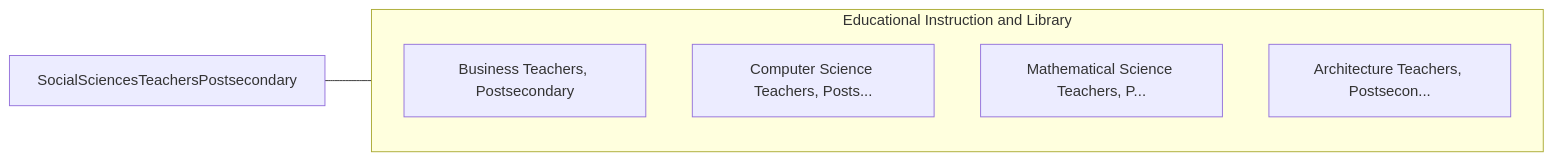
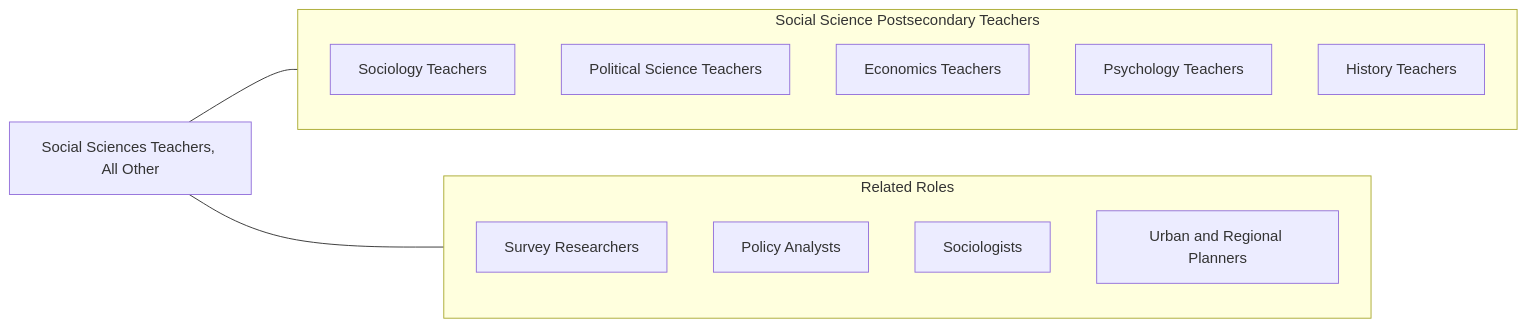
One commit to kziemski/business.org.ai changed the fourth of 4 diagrams in occupations/Education/SocialSciencesTeachersPostsecondary.mdx. Above: the diagram before and after it, drawn with Mermaid. The commit also changed other lines of this file and 938 other files, not shown here.

````diff
--- a/occupations/Education/SocialSciencesTeachersPostsecondary.mdx
+++ b/occupations/Education/SocialSciencesTeachersPostsecondary.mdx
@@ -55,13 +179,22 @@
 ```mermaid
 graph LR
-    Current["SocialSciencesTeachersPostsecondary"]
+    Current["Social Sciences Teachers, All Other"]
 
-    subgraph SameCategory["Educational Instruction and Library"]
-        BusinessTeachersPost["Business Teachers, Postsecondary"]
-        ComputerScienceTeach["Computer Science Teachers, Posts..."]
-        MathematicalScienceT["Mathematical Science Teachers, P..."]
-        ArchitectureTeachers["Architecture Teachers, Postsecon..."]
+    subgraph SameCategory["Social Science Postsecondary Teachers"]
+        Sociology["Sociology Teachers"]
+        PolSci["Political Science Teachers"]
+        Economics["Economics Teachers"]
+        Psychology["Psychology Teachers"]
+        History["History Teachers"]
+    end
+
+    subgraph CrossFunctional["Related Roles"]
+        Researchers["Survey Researchers"]
+        PolicyAnalysts["Policy Analysts"]
+        Sociologists["Sociologists"]
+        UrbanPlanners["Urban and Regional Planners"]
     end
 
     Current --- SameCategory
+    Current --- CrossFunctional
 ```
````
